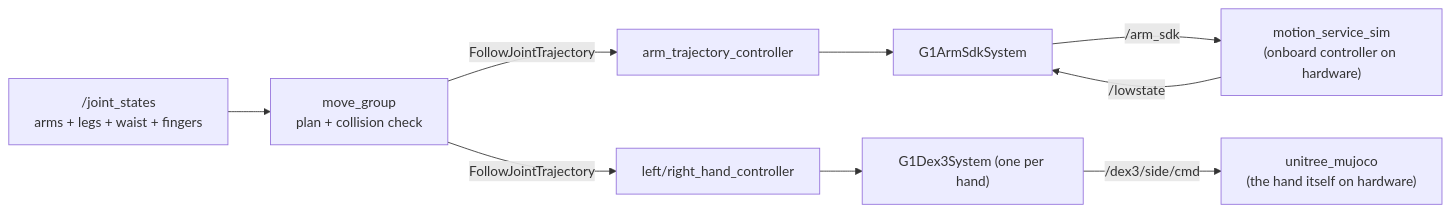
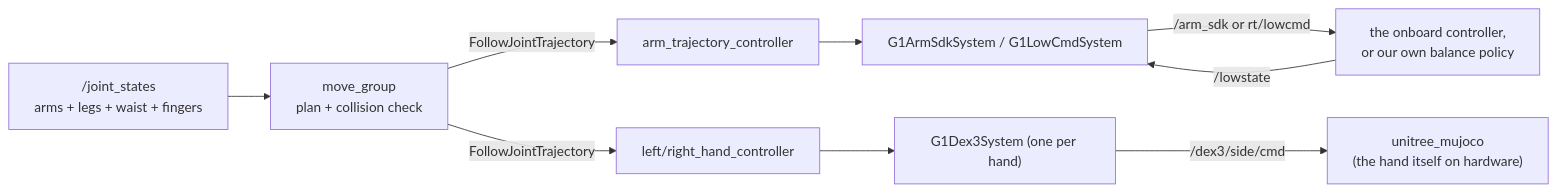
One commit to Adyansh04/grove-g1 changed the diagram in workspace/src/g1_moveit_config/README.md. Above: the diagram before and after it, drawn with Mermaid. The commit also changed other lines of this file and 9 other files, not shown here.

````diff
--- a/workspace/src/g1_moveit_config/README.md
+++ b/workspace/src/g1_moveit_config/README.md
@@ -8,11 +8,11 @@
 ```mermaid
 flowchart LR
     MG["move_group<br/>plan + collision check"] -- "FollowJointTrajectory" --> JTC["arm_trajectory_controller"]
     MG -- "FollowJointTrajectory" --> HC["left/right_hand_controller"]
-    JTC --> HW["G1ArmSdkSystem"]
+    JTC --> HW["G1ArmSdkSystem&nbsp;/&nbsp;G1LowCmdSystem"]
     HC --> HH["G1Dex3System (one per hand)"]
-    HW -- "/arm_sdk" --> MS["motion_service_sim<br/>(onboard controller on hardware)"]
+    HW -- "/arm_sdk or rt/lowcmd" --> MS["the onboard controller,<br/>or our own balance policy"]
     HH -- "/dex3/side/cmd" --> SIM["unitree_mujoco<br/>(the hand itself on hardware)"]
     MS -- "/lowstate" --> HW
     JS["/joint_states<br/>arms + legs + waist + fingers"] --> MG
 ```
````
